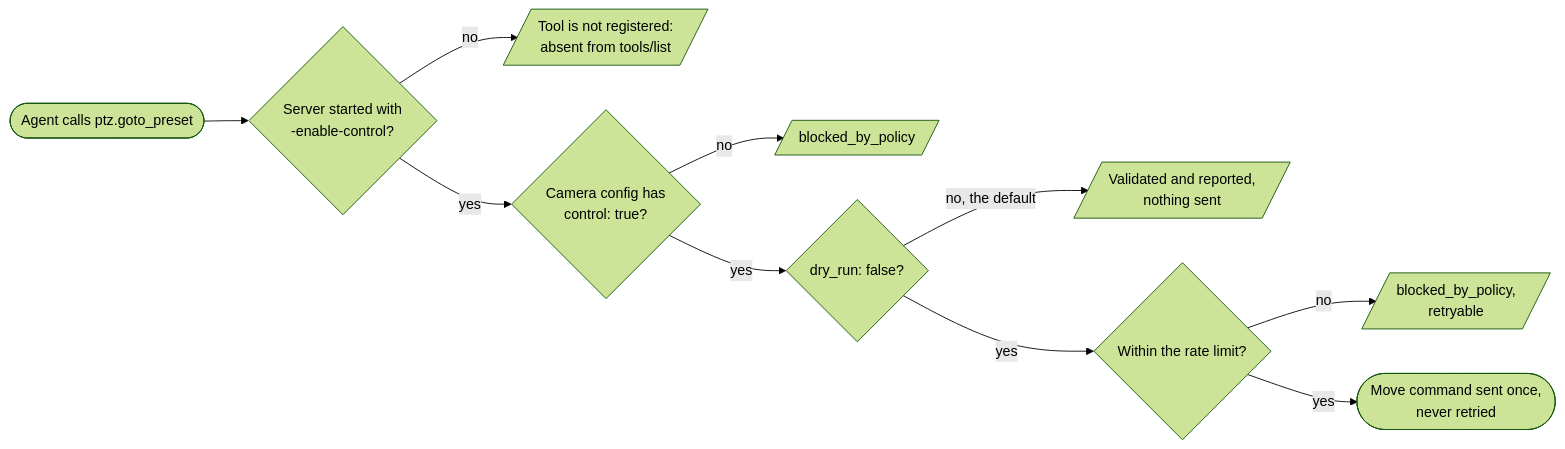
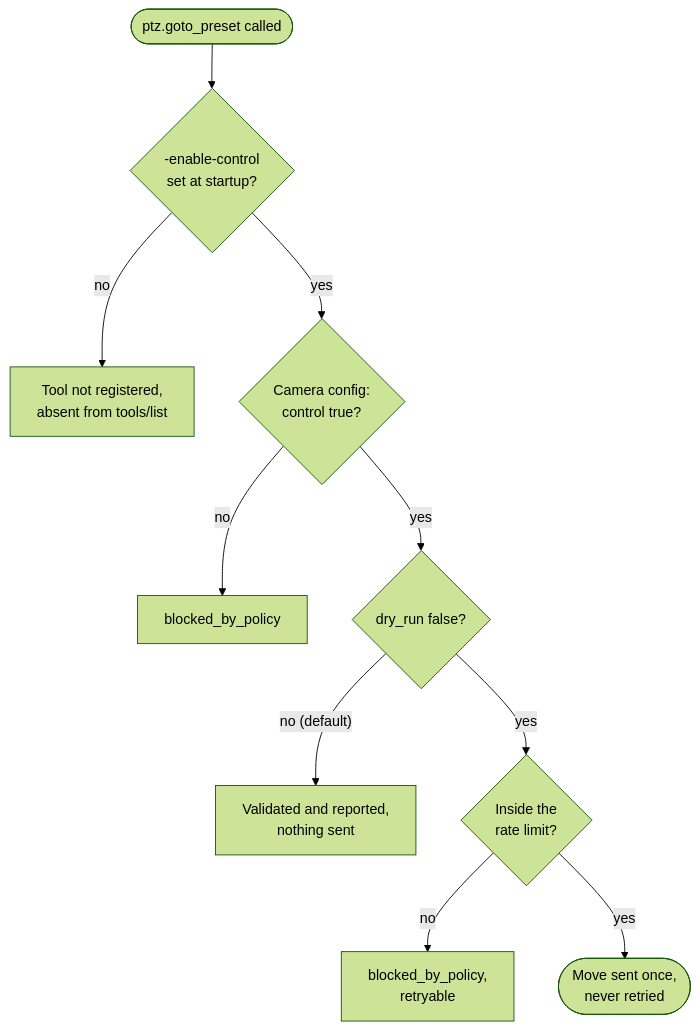
One commit to 0x524a/onvif-mcp changed the diagram in README.md. Above: the diagram before and after it, drawn with Mermaid (forest theme).

Commit message:
docs: vertical gate diagram so it stays legible at column width

````diff
--- a/README.md
+++ b/README.md
@@ -71,12 +71,12 @@
 ```mermaid
-flowchart LR
-    A([Agent calls ptz.goto_preset]) --> B{Server started with<br/>-enable-control?}
-    B -- no --> X1[/Tool is not registered:<br/>absent from tools/list/]
-    B -- yes --> C{Camera config has<br/>control: true?}
-    C -- no --> X2[/blocked_by_policy/]
-    C -- yes --> D{dry_run: false?}
-    D -- "no, the default" --> X3[/Validated and reported,<br/>nothing sent/]
-    D -- yes --> E{Within the rate limit?}
-    E -- no --> X4[/blocked_by_policy,<br/>retryable/]
-    E -- yes --> F([Move command sent once,<br/>never retried])
+flowchart TD
+    A([ptz.goto_preset called]) --> B{"-enable-control<br/>set at startup?"}
+    B -- no --> X1["Tool not registered,<br/>absent from tools/list"]
+    B -- yes --> C{"Camera config:<br/>control true?"}
+    C -- no --> X2["blocked_by_policy"]
+    C -- yes --> D{"dry_run false?"}
+    D -- "no (default)" --> X3["Validated and reported,<br/>nothing sent"]
+    D -- yes --> E{"Inside the<br/>rate limit?"}
+    E -- no --> X4["blocked_by_policy,<br/>retryable"]
+    E -- yes --> F(["Move sent once,<br/>never retried"])
 ```
````
